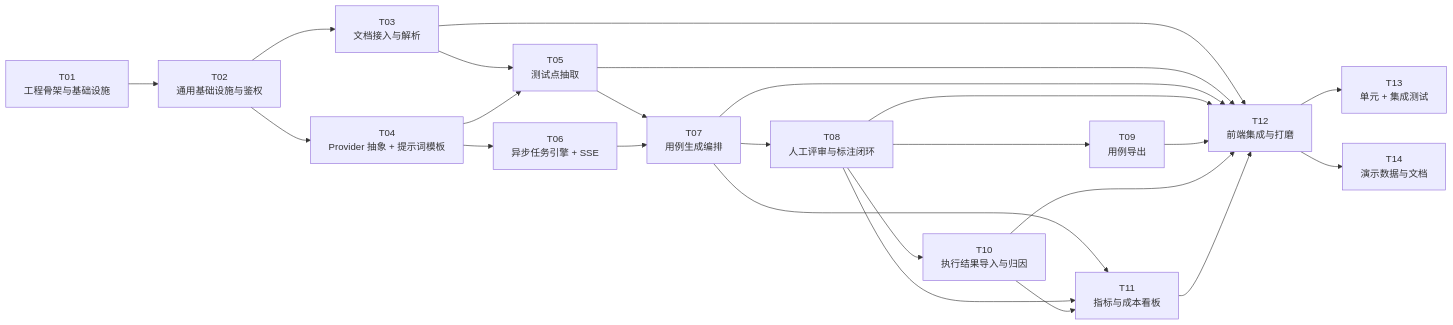
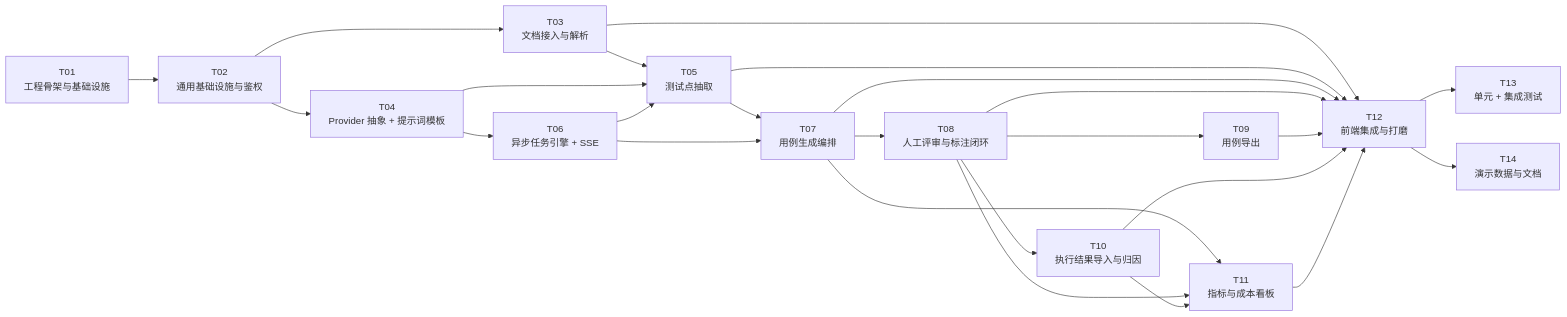
One commit to rosyman666/ai-testcase-platform changed the seventh of 7 diagrams in docs/01-architecture.md. Above: the diagram before and after it, drawn with Mermaid. The commit also changed other lines of this file, not shown here.

````diff
--- a/docs/01-architecture.md
+++ b/docs/01-architecture.md
@@ -1011,26 +1064,27 @@
 ```mermaid
 graph LR
     T01["T01<br/>工程骨架与基础设施"] --> T02["T02<br/>通用基础设施与鉴权"]
     T02 --> T03["T03<br/>文档接入与解析"]
     T02 --> T04["T04<br/>Provider 抽象 + 提示词模板"]
     T03 --> T05["T05<br/>测试点抽取"]
     T04 --> T05
     T04 --> T06["T06<br/>异步任务引擎 + SSE"]
+    T06 --> T05
     T05 --> T07["T07<br/>用例生成编排"]
     T06 --> T07
     T07 --> T08["T08<br/>人工评审与标注闭环"]
     T08 --> T09["T09<br/>用例导出"]
     T08 --> T10["T10<br/>执行结果导入与归因"]
     T07 --> T11["T11<br/>指标与成本看板"]
     T08 --> T11
     T10 --> T11
     T03 --> T12["T12<br/>前端集成与打磨"]
     T05 --> T12
     T07 --> T12
     T08 --> T12
     T09 --> T12
     T10 --> T12
     T11 --> T12
     T12 --> T13["T13<br/>单元 + 集成测试"]
     T12 --> T14["T14<br/>演示数据与文档"]
 ```
````
